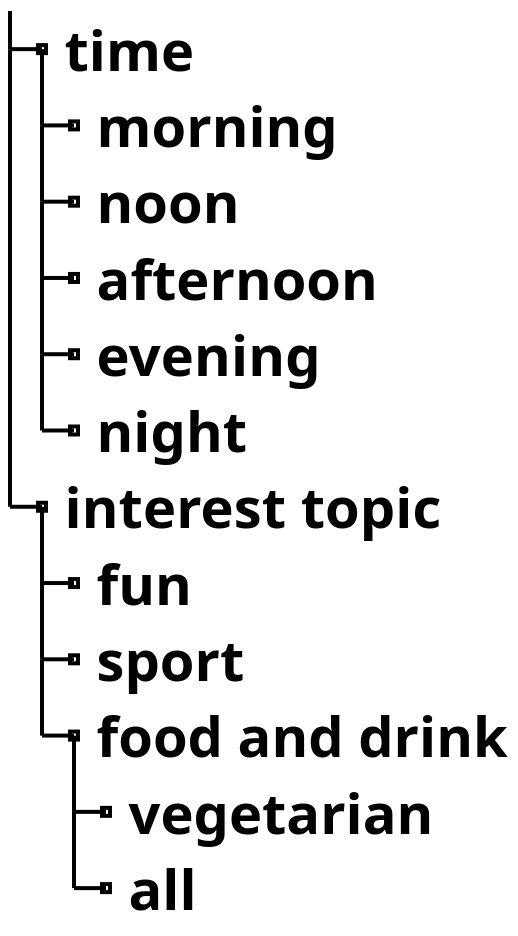
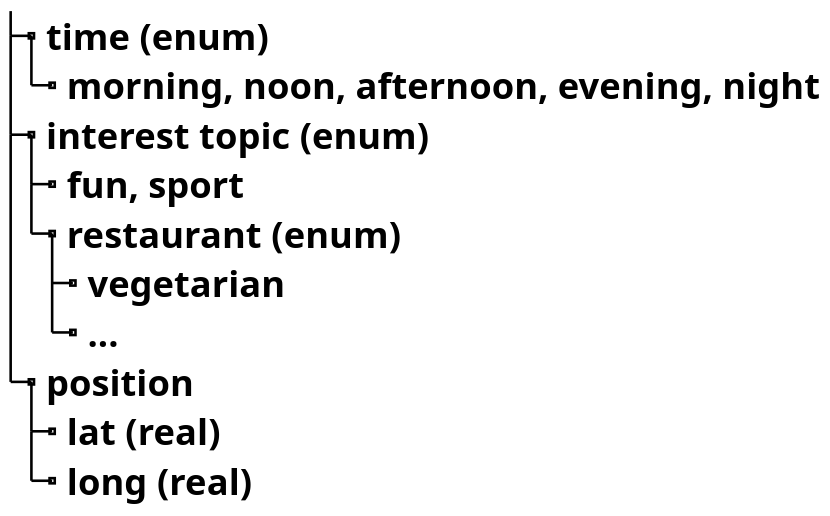
One commit to vzaccaria/icwe16-slides changed the first of 3 diagrams in le_introduzione.org. Above: the diagram before and after it, drawn with PlantUML. The commit also changed other lines of this file and 3 other files, not shown here.

```diff
--- a/le_introduzione.org
+++ b/le_introduzione.org
@@ -30,19 +29,17 @@
 #+begin_src plantuml :file images/tree.png :exports results :cache yes
 @startuml
 scale 900 width
 title
-|_ **time**
-   |_ morning
-   |_ noon
-   |_ afternoon
-   |_ evening
-   |_ night
-|_ **interest topic**
-   |_ fun 
-   |_ sport 
-   |_ food and drink
+|_ **time** (enum)
+   |_ morning, noon, afternoon, evening, night
+|_ **interest topic** (enum)
+   |_ fun, sport 
+   |_ restaurant (enum)
      |_ vegetarian
-     |_ all
+     |_ ...
+|_ **position**
+   |_ lat (real)
+   |_ long (real)
 end title
 @enduml
 #+end_src
```
